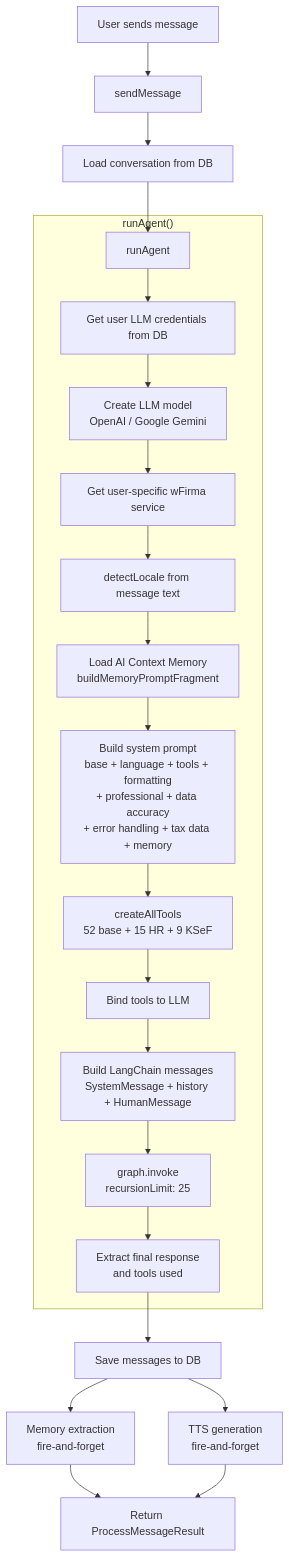
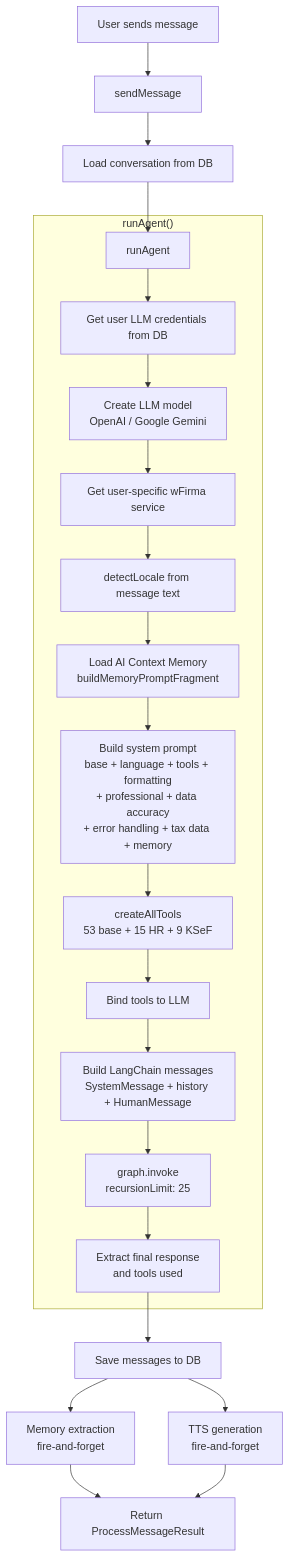
The second of 3 diagrams in docs/AI_AGENTS.md (JealousyM/accounting-ai-agent), drawn with Mermaid before and after one commit. The commit also changed other lines of this file and 15 other files, not shown here.

````diff
--- a/docs/AI_AGENTS.md
+++ b/docs/AI_AGENTS.md
@@ -89,26 +89,26 @@
 ```mermaid
 flowchart TD
     A[User sends message] --> B[sendMessage]
     B --> C[Load conversation from DB]
     C --> D[runAgent]
 
     subgraph runAgent ["runAgent()"]
         D --> E[Get user LLM credentials from DB]
         E --> F[Create LLM model<br/>OpenAI / Google Gemini]
         F --> G[Get user-specific wFirma service]
         G --> H[detectLocale from message text]
         H --> I[Load AI Context Memory<br/>buildMemoryPromptFragment]
         I --> J[Build system prompt<br/>base + language + tools + formatting<br/>+ professional + data accuracy<br/>+ error handling + tax data + memory]
-        J --> K[createAllTools<br/>52 base + 15 HR + 9 KSeF]
+        J --> K[createAllTools<br/>53 base + 15 HR + 9 KSeF]
         K --> L[Bind tools to LLM]
         L --> M[Build LangChain messages<br/>SystemMessage + history + HumanMessage]
         M --> N[graph.invoke<br/>recursionLimit: 25]
         N --> O[Extract final response<br/>and tools used]
     end
 
     O --> P[Save messages to DB]
     P --> Q[Memory extraction<br/>fire-and-forget]
     P --> R[TTS generation<br/>fire-and-forget]
     Q --> S[Return ProcessMessageResult]
     R --> S
 ```
````
